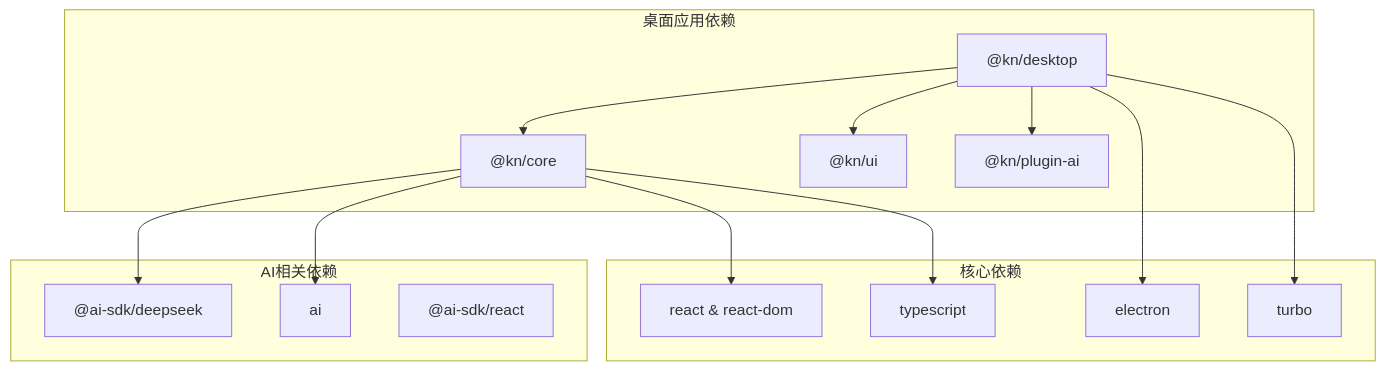
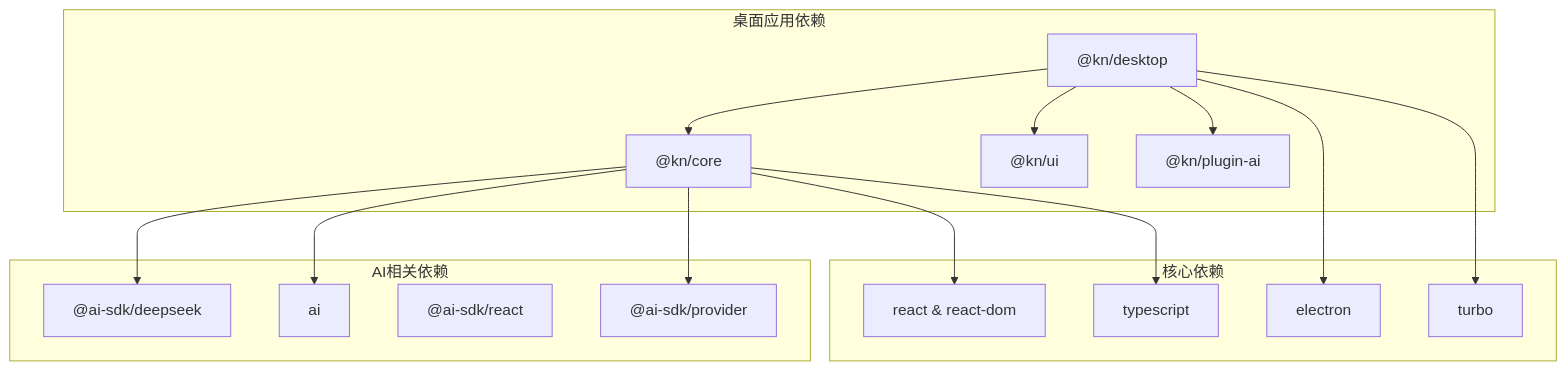
One commit to LRF0422/Kotion changed diagram 12 of 12 in .qoder/repowiki/zh/content/功能模块/AI插件/AI基础架构系统/AI聊天客户端系统.md. Above: the diagram before and after it, drawn with Mermaid. The commit also changed other lines of this file and 22 other files, not shown here.

````diff
--- a/.qoder/repowiki/zh/content/功能模块/AI插件/AI基础架构系统/AI聊天客户端系统.md
+++ b/.qoder/repowiki/zh/content/功能模块/AI插件/AI基础架构系统/AI聊天客户端系统.md
@@ -400,29 +523,31 @@
 ```mermaid
 graph TB
 subgraph "桌面应用依赖"
 DesktopApp["@kn/desktop"]
 CorePackage["@kn/core"]
 UIPackage["@kn/ui"]
 AIPackage["@kn/plugin-ai"]
 end
 subgraph "核心依赖"
 React["react & react-dom"]
 Typescript["typescript"]
 Electron["electron"]
 Turborepo["turbo"]
 end
 subgraph "AI相关依赖"
 DeepSeek["@ai-sdk/deepseek"]
 VercelSDK["ai"]
 ReactAI["@ai-sdk/react"]
+AI_SDK["@ai-sdk/provider"]
 end
 DesktopApp --> CorePackage
 DesktopApp --> UIPackage
 DesktopApp --> AIPackage
 CorePackage --> React
 CorePackage --> Typescript
 CorePackage --> DeepSeek
 CorePackage --> VercelSDK
+CorePackage --> AI_SDK
 DesktopApp --> Electron
 DesktopApp --> Turborepo
 ```
````
